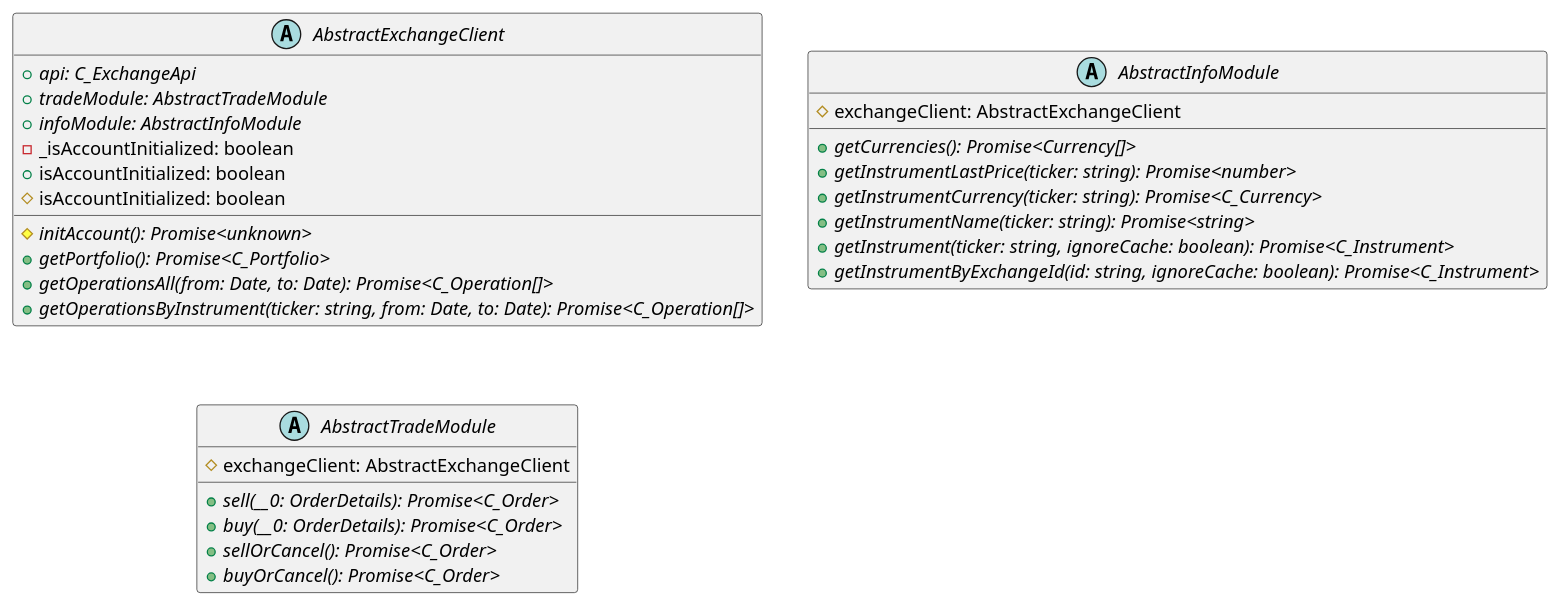
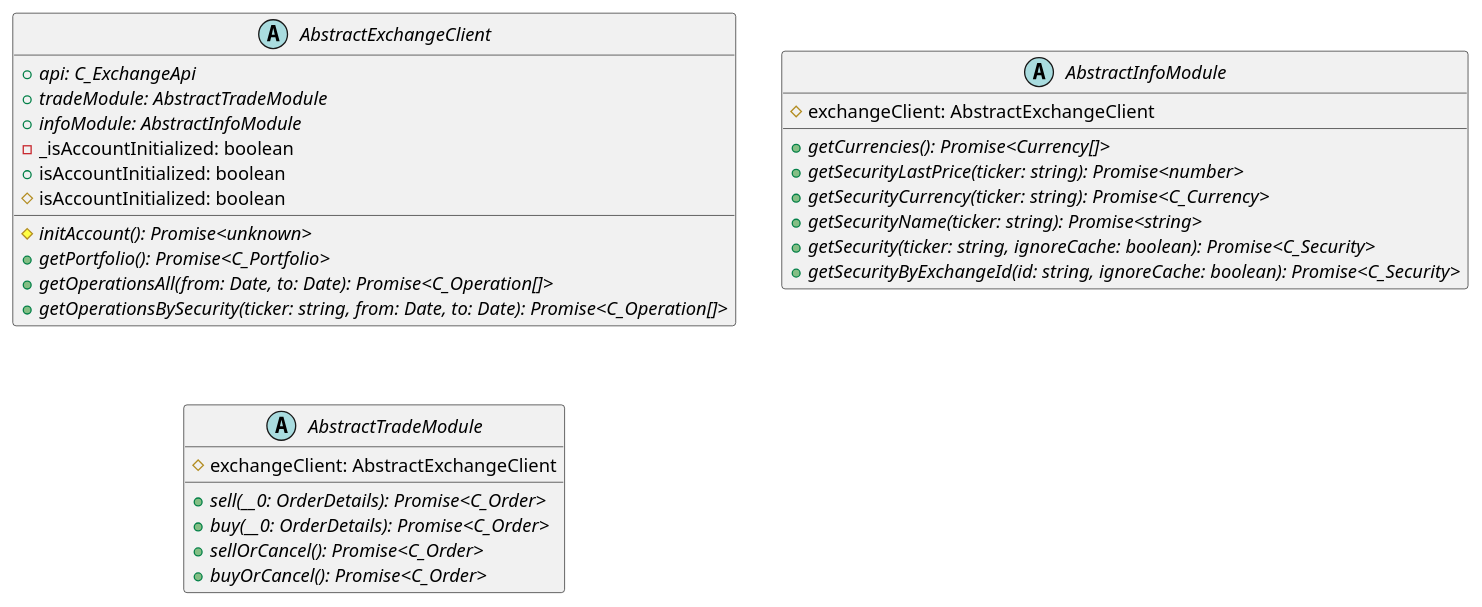
The diagram in docs/AbstractExchangeClient.puml (d0rich/tradeb0t), drawn with PlantUML before and after one commit. The commit also changed 6 other files, not shown here.

```diff
--- a/docs/AbstractExchangeClient.puml
+++ b/docs/AbstractExchangeClient.puml
@@ -1,33 +1,33 @@
 @startuml
 abstract class AbstractExchangeClient {
     +{abstract} api: C_ExchangeApi
     +{abstract} tradeModule: AbstractTradeModule
     +{abstract} infoModule: AbstractInfoModule
     -_isAccountInitialized: boolean
     +isAccountInitialized: boolean
     #isAccountInitialized: boolean
     #{abstract} initAccount(): Promise<unknown>
     +{abstract} getPortfolio(): Promise<C_Portfolio>
     +{abstract} getOperationsAll(from: Date, to: Date): Promise<C_Operation[]>
-    +{abstract} getOperationsByInstrument(ticker: string, from: Date, to: Date): Promise<C_Operation[]>
+    +{abstract} getOperationsBySecurity(ticker: string, from: Date, to: Date): Promise<C_Operation[]>
 }
 
 abstract class AbstractInfoModule {
     #exchangeClient: AbstractExchangeClient
     +{abstract} getCurrencies(): Promise<Currency[]>
-    +{abstract} getInstrumentLastPrice(ticker: string): Promise<number>
-    +{abstract} getInstrumentCurrency(ticker: string): Promise<C_Currency>
-    +{abstract} getInstrumentName(ticker: string): Promise<string>
-    +{abstract} getInstrument(ticker: string, ignoreCache: boolean): Promise<C_Instrument>
-    +{abstract} getInstrumentByExchangeId(id: string, ignoreCache: boolean): Promise<C_Instrument>
+    +{abstract} getSecurityLastPrice(ticker: string): Promise<number>
+    +{abstract} getSecurityCurrency(ticker: string): Promise<C_Currency>
+    +{abstract} getSecurityName(ticker: string): Promise<string>
+    +{abstract} getSecurity(ticker: string, ignoreCache: boolean): Promise<C_Security>
+    +{abstract} getSecurityByExchangeId(id: string, ignoreCache: boolean): Promise<C_Security>
 }
 
 abstract class AbstractTradeModule {
     #exchangeClient: AbstractExchangeClient
     +{abstract} sell(__0: OrderDetails): Promise<C_Order>
     +{abstract} buy(__0: OrderDetails): Promise<C_Order>
     +{abstract} sellOrCancel(): Promise<C_Order>
     +{abstract} buyOrCancel(): Promise<C_Order>
 }
 
 @enduml
```
